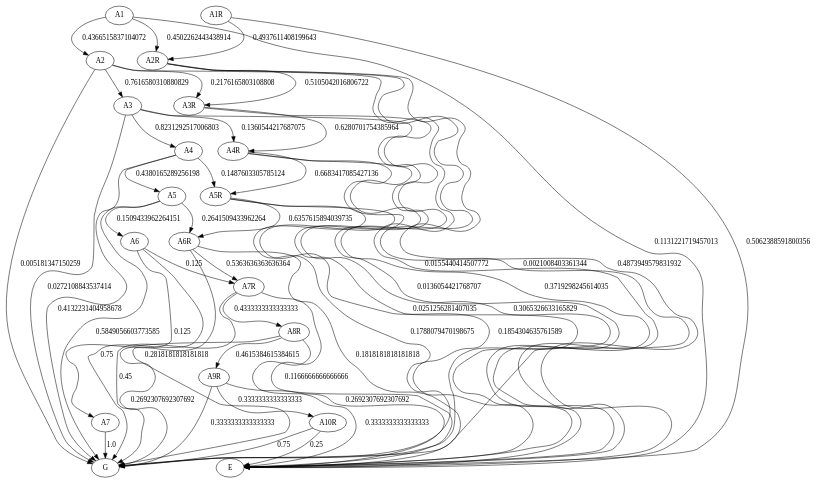
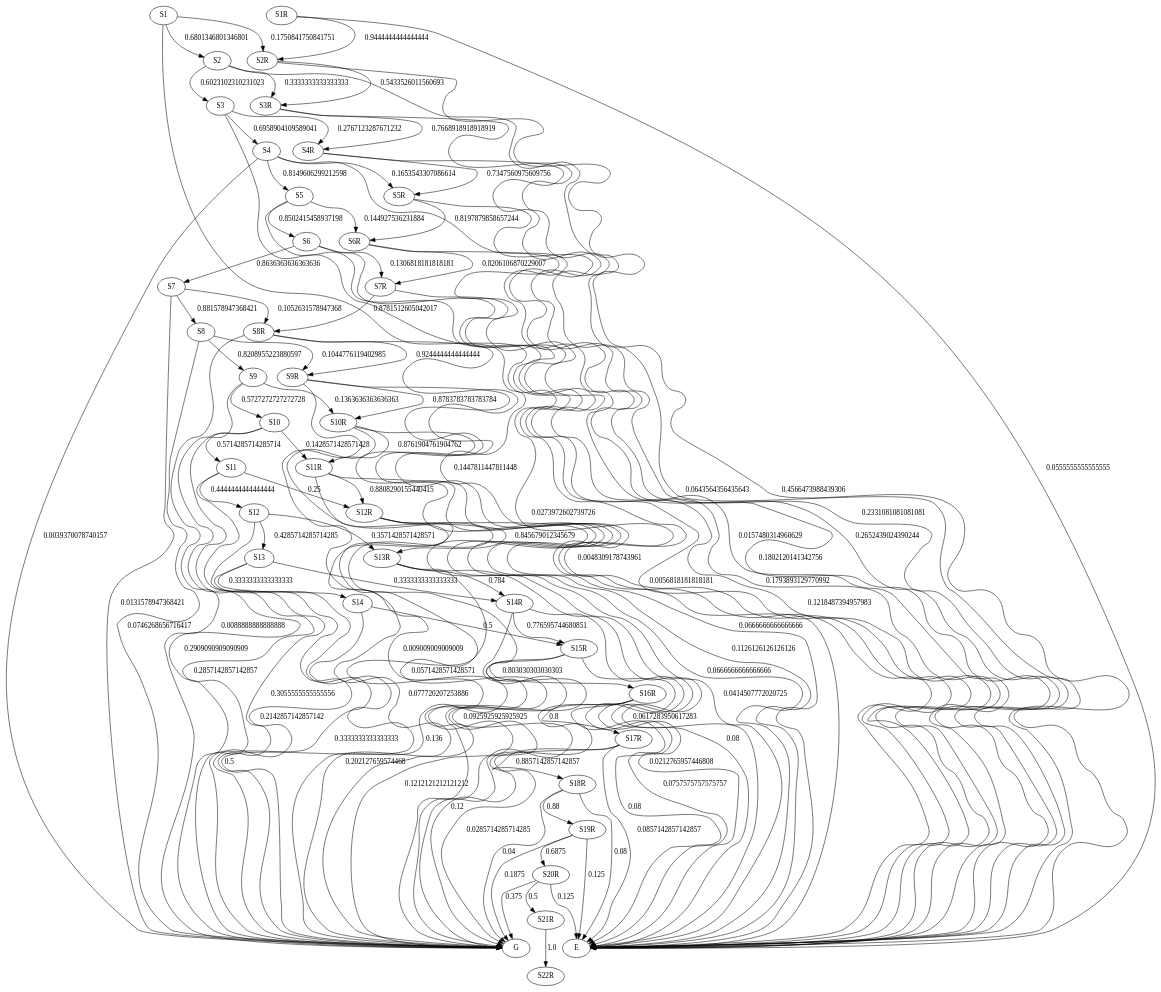
Before and after one commit to JulianaFerreira/educacao: the diagram in graph/markov.dot, drawn with Graphviz. The commit also changed 4 other files, not shown here.

```diff
--- a/graph/markov.dot
+++ b/graph/markov.dot
@@ -1,69 +1,136 @@
 digraph  {
-A1;
-A2;
-A3;
-A4;
-A5;
-A6;
-A7;
-A2R;
-A1R;
-A3R;
-A4R;
-A5R;
-A6R;
-A7R;
-A8R;
-A9R;
-A10R;
+S1;
+S2;
+S3;
+S4;
+S5;
+S6;
+S7;
+S8;
+S9;
+S10;
+S11;
+S12;
+S13;
+S14;
+S2R;
+S1R;
+S3R;
+S4R;
+S5R;
+S6R;
+S7R;
+S8R;
+S9R;
+S10R;
+S11R;
+S12R;
+S13R;
+S14R;
+S15R;
+S16R;
+S17R;
+S18R;
+S19R;
+S20R;
+S21R;
+S22R;
 E;
 G;
-A1 -> A2  [key=0, label="0.4366515837104072", weight="0.4366515837104072"];
-A1 -> A2R  [key=0, label="0.4502262443438914", weight="0.4502262443438914"];
-A1 -> E  [key=0, label="0.1131221719457013", weight="0.1131221719457013"];
-A2 -> A3  [key=0, label="0.7616580310880829", weight="0.7616580310880829"];
-A2 -> A3R  [key=0, label="0.2176165803108808", weight="0.2176165803108808"];
-A2 -> E  [key=0, label="0.0155440414507772", weight="0.0155440414507772"];
-A2 -> G  [key=0, label="0.005181347150259", weight="0.005181347150259"];
-A3 -> A4  [key=0, label="0.8231292517006803", weight="0.8231292517006803"];
-A3 -> A4R  [key=0, label="0.1360544217687075", weight="0.1360544217687075"];
-A3 -> E  [key=0, label="0.0136054421768707", weight="0.0136054421768707"];
-A3 -> G  [key=0, label="0.0272108843537414", weight="0.0272108843537414"];
-A4 -> A5  [key=0, label="0.4380165289256198", weight="0.4380165289256198"];
-A4 -> A5R  [key=0, label="0.1487603305785124", weight="0.1487603305785124"];
-A4 -> G  [key=0, label="0.4132231404958678", weight="0.4132231404958678"];
-A5 -> A6  [key=0, label="0.1509433962264151", weight="0.1509433962264151"];
-A5 -> A6R  [key=0, label="0.2641509433962264", weight="0.2641509433962264"];
-A5 -> G  [key=0, label="0.5849056603773585", weight="0.5849056603773585"];
-A6 -> A7  [key=0, label="0.125", weight="0.125"];
-A6 -> A7R  [key=0, label="0.125", weight="0.125"];
-A6 -> G  [key=0, label="0.75", weight="0.75"];
-A7 -> G  [key=0, label="1.0", weight="1.0"];
-A2R -> A3R  [key=0, label="0.5105042016806722", weight="0.5105042016806722"];
-A2R -> E  [key=0, label="0.4873949579831932", weight="0.4873949579831932"];
-A2R -> G  [key=0, label="0.0021008403361344", weight="0.0021008403361344"];
-A1R -> A2R  [key=0, label="0.4937611408199643", weight="0.4937611408199643"];
-A1R -> E  [key=0, label="0.5062388591800356", weight="0.5062388591800356"];
-A3R -> A4R  [key=0, label="0.6280701754385964", weight="0.6280701754385964"];
-A3R -> E  [key=0, label="0.3719298245614035", weight="0.3719298245614035"];
-A4R -> A5R  [key=0, label="0.6683417085427136", weight="0.6683417085427136"];
-A4R -> E  [key=0, label="0.3065326633165829", weight="0.3065326633165829"];
-A4R -> G  [key=0, label="0.0251256281407035", weight="0.0251256281407035"];
-A5R -> A6R  [key=0, label="0.6357615894039735", weight="0.6357615894039735"];
-A5R -> E  [key=0, label="0.1854304635761589", weight="0.1854304635761589"];
-A5R -> G  [key=0, label="0.1788079470198675", weight="0.1788079470198675"];
-A6R -> A7R  [key=0, label="0.5363636363636364", weight="0.5363636363636364"];
-A6R -> E  [key=0, label="0.1818181818181818", weight="0.1818181818181818"];
-A6R -> G  [key=0, label="0.2818181818181818", weight="0.2818181818181818"];
-A7R -> A8R  [key=0, label="0.4333333333333333", weight="0.4333333333333333"];
-A7R -> E  [key=0, label="0.1166666666666666", weight="0.1166666666666666"];
-A7R -> G  [key=0, label="0.45", weight="0.45"];
-A8R -> A9R  [key=0, label="0.4615384615384615", weight="0.4615384615384615"];
-A8R -> E  [key=0, label="0.2692307692307692", weight="0.2692307692307692"];
-A8R -> G  [key=0, label="0.2692307692307692", weight="0.2692307692307692"];
-A9R -> A10R  [key=0, label="0.3333333333333333", weight="0.3333333333333333"];
-A9R -> E  [key=0, label="0.3333333333333333", weight="0.3333333333333333"];
-A9R -> G  [key=0, label="0.3333333333333333", weight="0.3333333333333333"];
-A10R -> E  [key=0, label="0.25", weight="0.25"];
-A10R -> G  [key=0, label="0.75", weight="0.75"];
+S1 -> S2  [key=0, label="0.6801346801346801", weight="0.6801346801346801"];
+S1 -> S2R  [key=0, label="0.1750841750841751", weight="0.1750841750841751"];
+S1 -> E  [key=0, label="0.1447811447811448", weight="0.1447811447811448"];
+S2 -> S3  [key=0, label="0.6023102310231023", weight="0.6023102310231023"];
+S2 -> S3R  [key=0, label="0.3333333333333333", weight="0.3333333333333333"];
+S2 -> E  [key=0, label="0.0643564356435643", weight="0.0643564356435643"];
+S3 -> S4  [key=0, label="0.6958904109589041", weight="0.6958904109589041"];
+S3 -> S4R  [key=0, label="0.2767123287671232", weight="0.2767123287671232"];
+S3 -> E  [key=0, label="0.0273972602739726", weight="0.0273972602739726"];
+S4 -> S5  [key=0, label="0.8149606299212598", weight="0.8149606299212598"];
+S4 -> S5R  [key=0, label="0.1653543307086614", weight="0.1653543307086614"];
+S4 -> E  [key=0, label="0.0157480314960629", weight="0.0157480314960629"];
+S4 -> G  [key=0, label="0.0039370078740157", weight="0.0039370078740157"];
+S5 -> S6  [key=0, label="0.8502415458937198", weight="0.8502415458937198"];
+S5 -> S6R  [key=0, label="0.144927536231884", weight="0.144927536231884"];
+S5 -> E  [key=0, label="0.0048309178743961", weight="0.0048309178743961"];
+S6 -> S7  [key=0, label="0.8636363636363636", weight="0.8636363636363636"];
+S6 -> S7R  [key=0, label="0.1306818181818181", weight="0.1306818181818181"];
+S6 -> E  [key=0, label="0.0056818181818181", weight="0.0056818181818181"];
+S7 -> S8  [key=0, label="0.881578947368421", weight="0.881578947368421"];
+S7 -> S8R  [key=0, label="0.1052631578947368", weight="0.1052631578947368"];
+S7 -> G  [key=0, label="0.0131578947368421", weight="0.0131578947368421"];
+S8 -> S9  [key=0, label="0.8208955223880597", weight="0.8208955223880597"];
+S8 -> S9R  [key=0, label="0.1044776119402985", weight="0.1044776119402985"];
+S8 -> G  [key=0, label="0.0746268656716417", weight="0.0746268656716417"];
+S9 -> S10  [key=0, label="0.5727272727272728", weight="0.5727272727272728"];
+S9 -> S10R  [key=0, label="0.1363636363636363", weight="0.1363636363636363"];
+S9 -> G  [key=0, label="0.2909090909090909", weight="0.2909090909090909"];
+S10 -> S11  [key=0, label="0.5714285714285714", weight="0.5714285714285714"];
+S10 -> S11R  [key=0, label="0.1428571428571428", weight="0.1428571428571428"];
+S10 -> G  [key=0, label="0.2857142857142857", weight="0.2857142857142857"];
+S11 -> S12  [key=0, label="0.4444444444444444", weight="0.4444444444444444"];
+S11 -> S12R  [key=0, label="0.25", weight="0.25"];
+S11 -> G  [key=0, label="0.3055555555555556", weight="0.3055555555555556"];
+S12 -> S13  [key=0, label="0.4285714285714285", weight="0.4285714285714285"];
+S12 -> S13R  [key=0, label="0.3571428571428571", weight="0.3571428571428571"];
+S12 -> G  [key=0, label="0.2142857142857142", weight="0.2142857142857142"];
+S13 -> S14  [key=0, label="0.3333333333333333", weight="0.3333333333333333"];
+S13 -> S14R  [key=0, label="0.3333333333333333", weight="0.3333333333333333"];
+S13 -> G  [key=0, label="0.3333333333333333", weight="0.3333333333333333"];
+S14 -> S15R  [key=0, label="0.5", weight="0.5"];
+S14 -> G  [key=0, label="0.5", weight="0.5"];
+S2R -> S3R  [key=0, label="0.5433526011560693", weight="0.5433526011560693"];
+S2R -> E  [key=0, label="0.4566473988439306", weight="0.4566473988439306"];
+S1R -> S2R  [key=0, label="0.9444444444444444", weight="0.9444444444444444"];
+S1R -> E  [key=0, label="0.0555555555555555", weight="0.0555555555555555"];
+S3R -> S4R  [key=0, label="0.7668918918918919", weight="0.7668918918918919"];
+S3R -> E  [key=0, label="0.2331081081081081", weight="0.2331081081081081"];
+S4R -> S5R  [key=0, label="0.7347560975609756", weight="0.7347560975609756"];
+S4R -> E  [key=0, label="0.2652439024390244", weight="0.2652439024390244"];
+S5R -> S6R  [key=0, label="0.8197879858657244", weight="0.8197879858657244"];
+S5R -> E  [key=0, label="0.1802120141342756", weight="0.1802120141342756"];
+S6R -> S7R  [key=0, label="0.8206106870229007", weight="0.8206106870229007"];
+S6R -> E  [key=0, label="0.1793893129770992", weight="0.1793893129770992"];
+S7R -> S8R  [key=0, label="0.8781512605042017", weight="0.8781512605042017"];
+S7R -> E  [key=0, label="0.1218487394957983", weight="0.1218487394957983"];
+S8R -> S9R  [key=0, label="0.9244444444444444", weight="0.9244444444444444"];
+S8R -> E  [key=0, label="0.0666666666666666", weight="0.0666666666666666"];
+S8R -> G  [key=0, label="0.0088888888888888", weight="0.0088888888888888"];
+S9R -> S10R  [key=0, label="0.8783783783783784", weight="0.8783783783783784"];
+S9R -> E  [key=0, label="0.1126126126126126", weight="0.1126126126126126"];
+S9R -> G  [key=0, label="0.009009009009009", weight="0.009009009009009"];
+S10R -> S11R  [key=0, label="0.8761904761904762", weight="0.8761904761904762"];
+S10R -> E  [key=0, label="0.0666666666666666", weight="0.0666666666666666"];
+S10R -> G  [key=0, label="0.0571428571428571", weight="0.0571428571428571"];
+S11R -> S12R  [key=0, label="0.8808290155440415", weight="0.8808290155440415"];
+S11R -> E  [key=0, label="0.0414507772020725", weight="0.0414507772020725"];
+S11R -> G  [key=0, label="0.077720207253886", weight="0.077720207253886"];
+S12R -> S13R  [key=0, label="0.845679012345679", weight="0.845679012345679"];
+S12R -> E  [key=0, label="0.0617283950617283", weight="0.0617283950617283"];
+S12R -> G  [key=0, label="0.0925925925925925", weight="0.0925925925925925"];
+S13R -> S14R  [key=0, label="0.784", weight="0.784"];
+S13R -> E  [key=0, label="0.08", weight="0.08"];
+S13R -> G  [key=0, label="0.136", weight="0.136"];
+S14R -> S15R  [key=0, label="0.776595744680851", weight="0.776595744680851"];
+S14R -> E  [key=0, label="0.0212765957446808", weight="0.0212765957446808"];
+S14R -> G  [key=0, label="0.202127659574468", weight="0.202127659574468"];
+S15R -> S16R  [key=0, label="0.803030303030303", weight="0.803030303030303"];
+S15R -> E  [key=0, label="0.0757575757575757", weight="0.0757575757575757"];
+S15R -> G  [key=0, label="0.1212121212121212", weight="0.1212121212121212"];
+S16R -> S17R  [key=0, label="0.8", weight="0.8"];
+S16R -> E  [key=0, label="0.08", weight="0.08"];
+S16R -> G  [key=0, label="0.12", weight="0.12"];
+S17R -> S18R  [key=0, label="0.8857142857142857", weight="0.8857142857142857"];
+S17R -> E  [key=0, label="0.0857142857142857", weight="0.0857142857142857"];
+S17R -> G  [key=0, label="0.0285714285714285", weight="0.0285714285714285"];
+S18R -> S19R  [key=0, label="0.88", weight="0.88"];
+S18R -> E  [key=0, label="0.08", weight="0.08"];
+S18R -> G  [key=0, label="0.04", weight="0.04"];
+S19R -> S20R  [key=0, label="0.6875", weight="0.6875"];
+S19R -> E  [key=0, label="0.125", weight="0.125"];
+S19R -> G  [key=0, label="0.1875", weight="0.1875"];
+S20R -> S21R  [key=0, label="0.5", weight="0.5"];
+S20R -> E  [key=0, label="0.125", weight="0.125"];
+S20R -> G  [key=0, label="0.375", weight="0.375"];
+S21R -> S22R  [key=0, label="1.0", weight="1.0"];
 }
```
